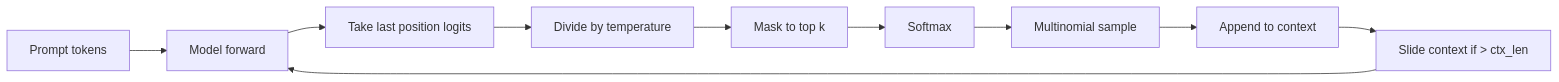
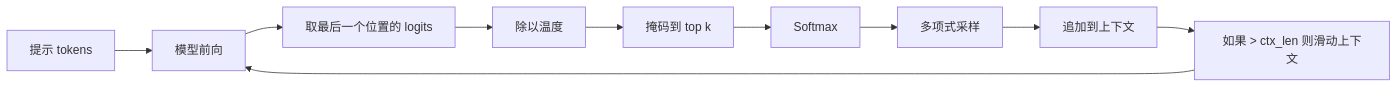
Before and after one commit to guangningsun/ailearning: the second of 2 diagrams in lessons/19-capstone-projects/35-gpt-model-assembly/docs/zh.md, drawn with Mermaid. The commit also changed other lines of this file and 85 other files, not shown here.

````diff
--- a/lessons/19-capstone-projects/35-gpt-model-assembly/docs/zh.md
+++ b/lessons/19-capstone-projects/35-gpt-model-assembly/docs/zh.md
@@ -57,12 +57,12 @@
 ```mermaid
 flowchart LR
-  P[Prompt tokens] --> M[Model forward]
-  M --> Last[Take last position logits]
-  Last --> T[Divide by temperature]
-  T --> K[Mask to top k]
+  P[提示 tokens] --> M[模型前向]
+  M --> Last[取最后一个位置的 logits]
+  Last --> T[除以温度]
+  T --> K[掩码到 top k]
   K --> S[Softmax]
-  S --> MN[Multinomial sample]
-  MN --> A[Append to context]
-  A --> Slide[Slide context if > ctx_len]
+  S --> MN[多项式采样]
+  MN --> A[追加到上下文]
+  A --> Slide[如果 > ctx_len 则滑动上下文]
   Slide --> M
 ```
````
